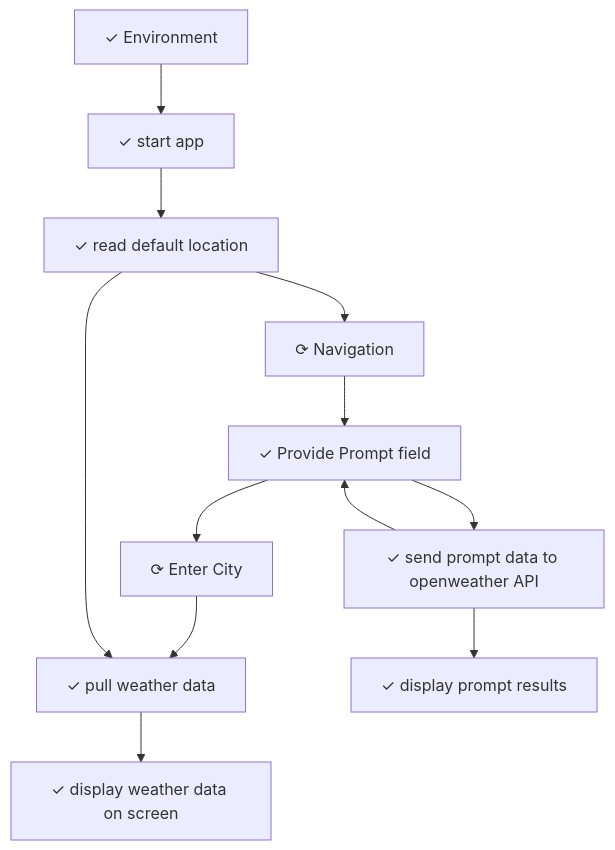
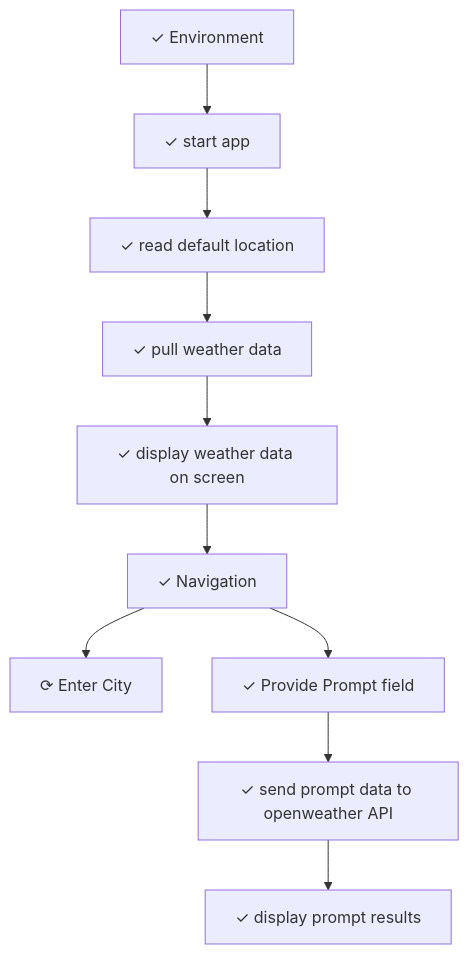
Before and after one commit to intentrai/IntentR: the diagram in workspaces/HelloWorld/conception/STORYBOARD-INDEX.md, drawn with Mermaid. The commit also changed other lines of this file and 21 other files, not shown here.

````diff
--- a/workspaces/HelloWorld/conception/STORYBOARD-INDEX.md
+++ b/workspaces/HelloWorld/conception/STORYBOARD-INDEX.md
@@ -11,90 +11,10 @@
 ```mermaid
 flowchart TD
-    card1765937081415["✓ start app"]
-    card1765937126217["✓ pull weather data"]
-    card1765937186735["✓ display weather data on screen"]
-    card1765937281984["✓ read default location"]
-    card1765937186735["✓ display weather data on screen"]
-    card1765937126217["✓ pull weather data"]
-    card1765937281984["✓ read default location"]
-    card1765937081415["✓ start app"]
-    card1765937186735["✓ display weather data on screen"]
-    card1765937824816["✓ Environment"]
-    card1765937126217["✓ pull weather data"]
-    card1765937281984["✓ read default location"]
-    card1765937081415["✓ start app"]
-    card1765937186735["✓ display weather data on screen"]
-    card1765937824816["✓ Environment"]
-    card1765937126217["✓ pull weather data"]
-    card1765937281984["✓ read default location"]
-    card1765937081415["✓ start app"]
-    card1765937186735["✓ display weather data on screen"]
-    card1765937824816["✓ Environment"]
-    card1765940802459["✓ Provide Prompt field"]
-    card1765937126217["✓ pull weather data"]
-    card1765937281984["✓ read default location"]
-    card1765937081415["✓ start app"]
-    card1765943031022["✓ display prompt results"]
-    card1765937186735["✓ display weather data on screen"]
-    card1765937824816["✓ Environment"]
-    card1765940802459["✓ Provide Prompt field"]
-    card1765937126217["✓ pull weather data"]
-    card1765937281984["✓ read default location"]
-    card1765942941837["✓ send prompt data to openweather API"]
-    card1765937081415["✓ start app"]
-    card1765943031022["✓ display prompt results"]
-    card1765937186735["✓ display weather data on screen"]
-    card1765937824816["✓ Environment"]
-    card1765940802459["✓ Provide Prompt field"]
-    card1765937126217["✓ pull weather data"]
-    card1765937281984["✓ read default location"]
-    card1765942941837["✓ send prompt data to openweather API"]
-    card1765937081415["✓ start app"]
-    card1765943031022["✓ display prompt results"]
-    card1765937186735["✓ display weather data on screen"]
-    card1765937824816["✓ Environment"]
-    card1765940802459["✓ Provide Prompt field"]
-    card1765937126217["✓ pull weather data"]
-    card1765937281984["✓ read default location"]
-    card1765942941837["✓ send prompt data to openweather API"]
-    card1765937081415["✓ start app"]
-    card1765943031022["✓ display prompt results"]
-    card1765937186735["✓ display weather data on screen"]
-    card1765937824816["✓ Environment"]
-    card1765940802459["✓ Provide Prompt field"]
-    card1765937126217["✓ pull weather data"]
-    card1765937281984["✓ read default location"]
-    card1765942941837["✓ send prompt data to openweather API"]
-    card1765937081415["✓ start app"]
-    card1765943031022["✓ display prompt results"]
-    card1765937186735["✓ display weather data on screen"]
-    card1765937824816["✓ Environment"]
-    card1765940802459["✓ Provide Prompt field"]
-    card1765937126217["✓ pull weather data"]
-    card1765937281984["✓ read default location"]
-    card1765942941837["✓ send prompt data to openweather API"]
-    card1765937081415["✓ start app"]
-    card1765943031022["✓ display prompt results"]
-    card1765937186735["✓ display weather data on screen"]
-    card1765937824816["✓ Environment"]
-    card1765940802459["✓ Provide Prompt field"]
-    card1765937126217["✓ pull weather data"]
-    card1765937281984["✓ read default location"]
-    card1765942941837["✓ send prompt data to openweather API"]
-    card1765937081415["✓ start app"]
-    card1765943031022["✓ display prompt results"]
-    card1765937186735["✓ display weather data on screen"]
-    card1765937824816["✓ Environment"]
-    card1765940802459["✓ Provide Prompt field"]
-    card1765937126217["✓ pull weather data"]
-    card1765937281984["✓ read default location"]
-    card1765942941837["✓ send prompt data to openweather API"]
-    card1765937081415["✓ start app"]
-    card1766171921085["⟳ Enter City"]
     card1765943031022["✓ display prompt results"]
     card1765937186735["✓ display weather data on screen"]
     card1766171921085["⟳ Enter City"]
     card1765937824816["✓ Environment"]
+    card1766171779671["✓ Navigation"]
     card1765940802459["✓ Provide Prompt field"]
     card1765937126217["✓ pull weather data"]
     card1765937281984["✓ read default location"]
@@ -104,6 +24,7 @@
     card1765937186735["✓ display weather data on screen"]
     card1766171921085["⟳ Enter City"]
     card1765937824816["✓ Environment"]
+    card1766171779671["✓ Navigation"]
     card1765940802459["✓ Provide Prompt field"]
     card1765937126217["✓ pull weather data"]
     card1765937281984["✓ read default location"]
@@ -113,6 +34,7 @@
     card1765937186735["✓ display weather data on screen"]
     card1766171921085["⟳ Enter City"]
     card1765937824816["✓ Environment"]
+    card1766171779671["✓ Navigation"]
     card1765940802459["✓ Provide Prompt field"]
     card1765937126217["✓ pull weather data"]
     card1765937281984["✓ read default location"]
@@ -122,6 +44,7 @@
     card1765937186735["✓ display weather data on screen"]
     card1766171921085["⟳ Enter City"]
     card1765937824816["✓ Environment"]
+    card1766171779671["✓ Navigation"]
     card1765940802459["✓ Provide Prompt field"]
     card1765937126217["✓ pull weather data"]
     card1765937281984["✓ read default location"]
@@ -131,6 +54,7 @@
     card1765937186735["✓ display weather data on screen"]
     card1766171921085["⟳ Enter City"]
     card1765937824816["✓ Environment"]
+    card1766171779671["✓ Navigation"]
     card1765940802459["✓ Provide Prompt field"]
     card1765937126217["✓ pull weather data"]
     card1765937281984["✓ read default location"]
@@ -140,98 +64,19 @@
     card1765937186735["✓ display weather data on screen"]
     card1766171921085["⟳ Enter City"]
     card1765937824816["✓ Environment"]
+    card1766171779671["✓ Navigation"]
     card1765940802459["✓ Provide Prompt field"]
     card1765937126217["✓ pull weather data"]
     card1765937281984["✓ read default location"]
     card1765942941837["✓ send prompt data to openweather API"]
     card1765937081415["✓ start app"]
-    card1765943031022["✓ display prompt results"]
-    card1765937186735["✓ display weather data on screen"]
-    card1766171921085["⟳ Enter City"]
-    card1765937824816["✓ Environment"]
-    card1765940802459["✓ Provide Prompt field"]
-    card1765937126217["✓ pull weather data"]
-    card1765937281984["✓ read default location"]
-    card1765942941837["✓ send prompt data to openweather API"]
-    card1765937081415["✓ start app"]
-    card1765943031022["✓ display prompt results"]
-    card1765937186735["✓ display weather data on screen"]
-    card1766171921085["⟳ Enter City"]
-    card1765937824816["✓ Environment"]
-    card1765940802459["✓ Provide Prompt field"]
-    card1765937126217["✓ pull weather data"]
-    card1765937281984["✓ read default location"]
-    card1765942941837["✓ send prompt data to openweather API"]
-    card1765937081415["✓ start app"]
-    card1765943031022["✓ display prompt results"]
-    card1765937186735["✓ display weather data on screen"]
-    card1766171921085["⟳ Enter City"]
-    card1765937824816["✓ Environment"]
-    card1766171779671["⟳ Navigation"]
-    card1765940802459["✓ Provide Prompt field"]
-    card1765937126217["✓ pull weather data"]
-    card1765937281984["✓ read default location"]
-    card1765942941837["✓ send prompt data to openweather API"]
-    card1765937081415["✓ start app"]
-    card1765943031022["✓ display prompt results"]
-    card1765937186735["✓ display weather data on screen"]
-    card1766171921085["⟳ Enter City"]
-    card1765937824816["✓ Environment"]
-    card1766171779671["⟳ Navigation"]
-    card1765940802459["✓ Provide Prompt field"]
-    card1765937126217["✓ pull weather data"]
-    card1765937281984["✓ read default location"]
-    card1765942941837["✓ send prompt data to openweather API"]
-    card1765937081415["✓ start app"]
-    card1765943031022["✓ display prompt results"]
-    card1765937186735["✓ display weather data on screen"]
-    card1766171921085["⟳ Enter City"]
-    card1765937824816["✓ Environment"]
-    card1766171779671["⟳ Navigation"]
-    card1765940802459["✓ Provide Prompt field"]
-    card1765937126217["✓ pull weather data"]
-    card1765937281984["✓ read default location"]
-    card1765942941837["✓ send prompt data to openweather API"]
-    card1765937081415["✓ start app"]
-    card1765943031022["✓ display prompt results"]
-    card1765937186735["✓ display weather data on screen"]
-    card1766171921085["⟳ Enter City"]
-    card1765937824816["✓ Environment"]
-    card1766171779671["⟳ Navigation"]
-    card1765940802459["✓ Provide Prompt field"]
-    card1765937126217["✓ pull weather data"]
-    card1765937281984["✓ read default location"]
-    card1765942941837["✓ send prompt data to openweather API"]
-    card1765937081415["✓ start app"]
-    card1765943031022["✓ display prompt results"]
-    card1765937186735["✓ display weather data on screen"]
-    card1766171921085["⟳ Enter City"]
-    card1765937824816["✓ Environment"]
-    card1766171779671["⟳ Navigation"]
-    card1765940802459["✓ Provide Prompt field"]
-    card1765937126217["✓ pull weather data"]
-    card1765937281984["✓ read default location"]
-    card1765942941837["✓ send prompt data to openweather API"]
-    card1765937081415["✓ start app"]
-    card1765943031022["✓ display prompt results"]
-    card1765937186735["✓ display weather data on screen"]
-    card1766171921085["⟳ Enter City"]
-    card1765937824816["✓ Environment"]
-    card1766171779671["⟳ Navigation"]
-    card1765940802459["✓ Provide Prompt field"]
-    card1765937126217["✓ pull weather data"]
-    card1765937281984["✓ read default location"]
-    card1765942941837["✓ send prompt data to openweather API"]
-    card1765937081415["✓ start app"]
+    card1765937824816 --> card1765937081415
     card1765937081415 --> card1765937281984
+    card1765937281984 --> card1765937126217
+    card1766171779671 --> card1766171921085
     card1765937126217 --> card1765937186735
-    card1765937824816 --> card1765937081415
-    card1765942941837 --> card1765940802459
+    card1766171779671 --> card1765940802459
+    card1765937186735 --> card1766171779671
     card1765940802459 --> card1765942941837
     card1765942941837 --> card1765943031022
-    card1766171921085 --> card1765937126217
-    card1765937281984 --> card1765937126217
-    card1765937281984 --> card1766171779671
-    card1766171779671 --> card1765940802459
-    card1765940802459 --> card1766171921085
 ```
````
